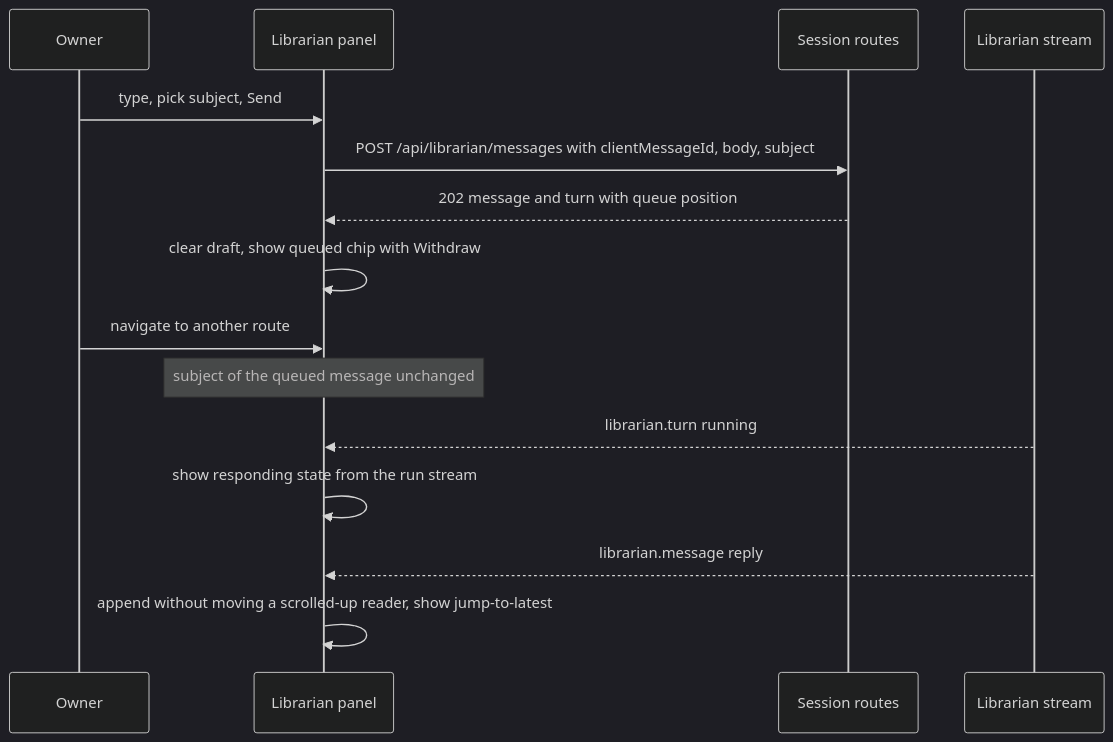
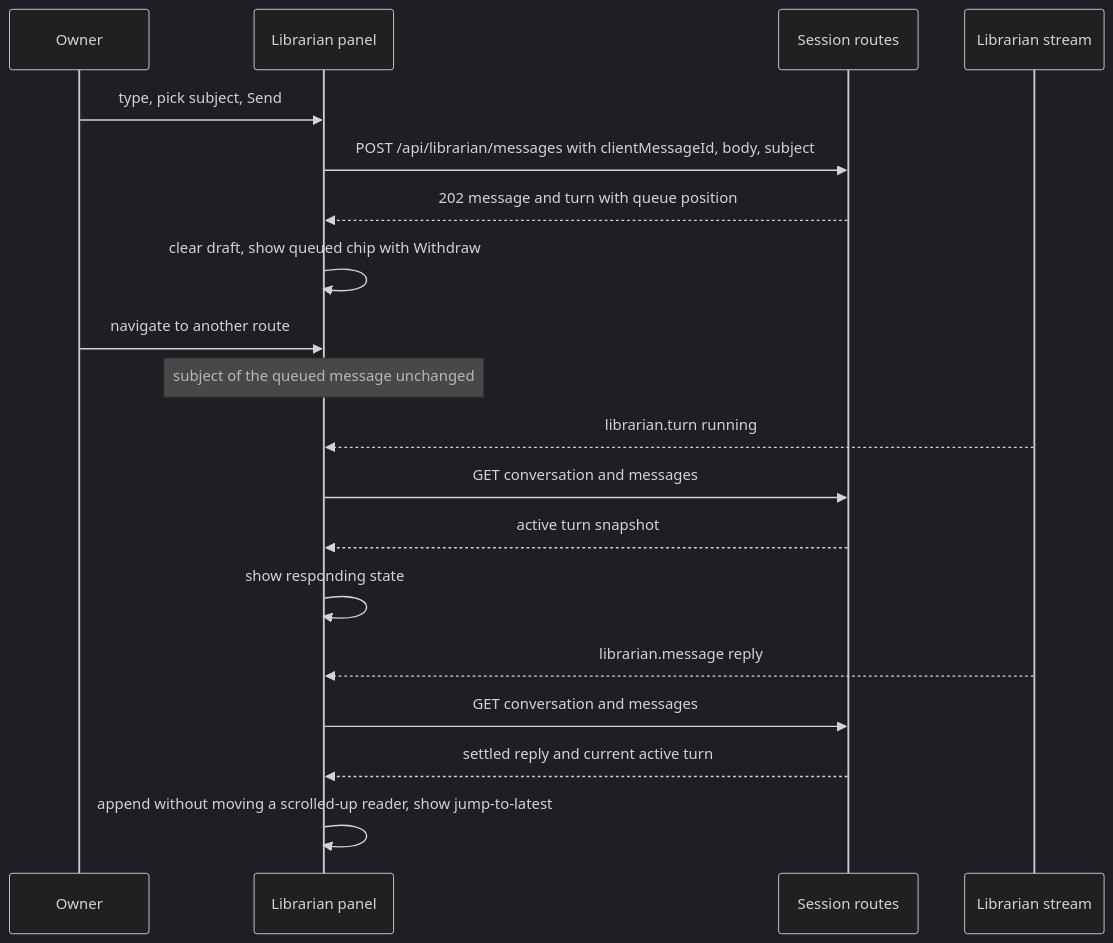
The third of 4 diagrams in docs/system-analytics/librarian-surface.md (maister-dev/maister), drawn with Mermaid (dark theme) before and after one commit. The commit also changed other lines of this file and 8 other files, not shown here.

````diff
--- a/docs/system-analytics/librarian-surface.md
+++ b/docs/system-analytics/librarian-surface.md
@@ -94,17 +94,21 @@
 ```mermaid
 sequenceDiagram
     participant U as Owner
     participant P as Librarian panel
     participant W as Session routes
     participant S as Librarian stream
     U->>P: type, pick subject, Send
     P->>W: POST /api/librarian/messages with clientMessageId, body, subject
     W-->>P: 202 message and turn with queue position
     P->>P: clear draft, show queued chip with Withdraw
     U->>P: navigate to another route
     Note over P: subject of the queued message unchanged
     S-->>P: librarian.turn running
-    P->>P: show responding state from the run stream
+    P->>W: GET conversation and messages
+    W-->>P: active turn snapshot
+    P->>P: show responding state
     S-->>P: librarian.message reply
+    P->>W: GET conversation and messages
+    W-->>P: settled reply and current active turn
     P->>P: append without moving a scrolled-up reader, show jump-to-latest
 ```
````
